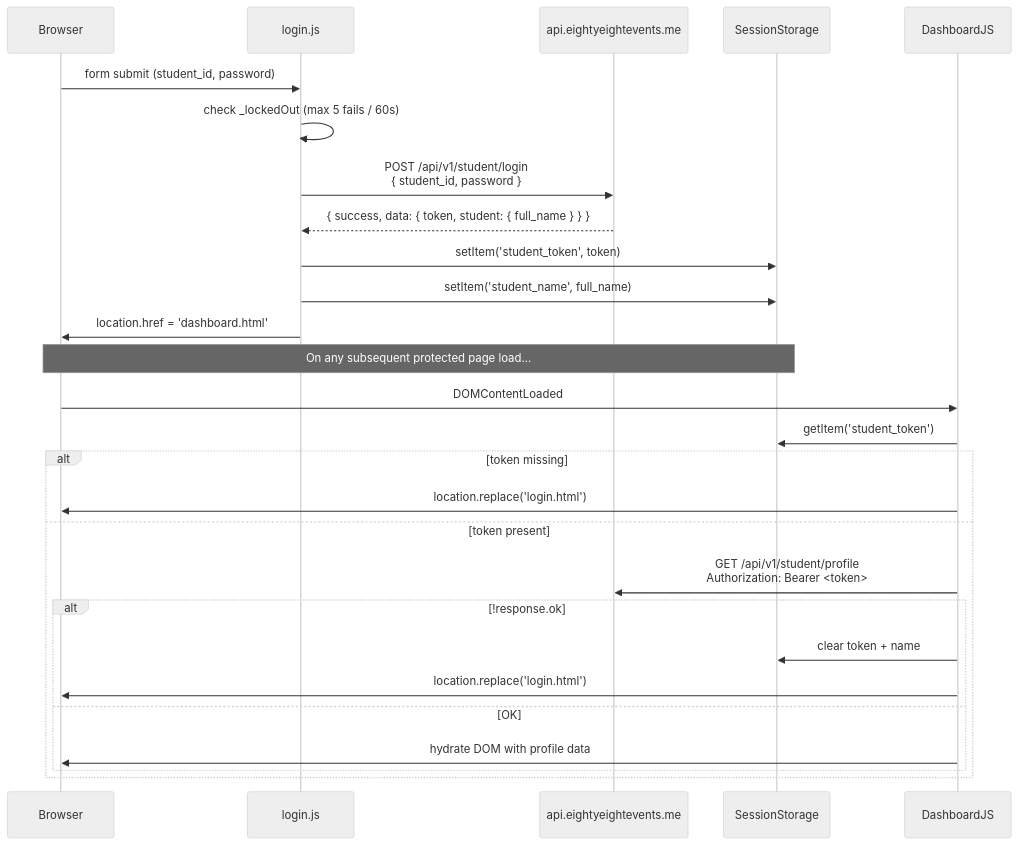
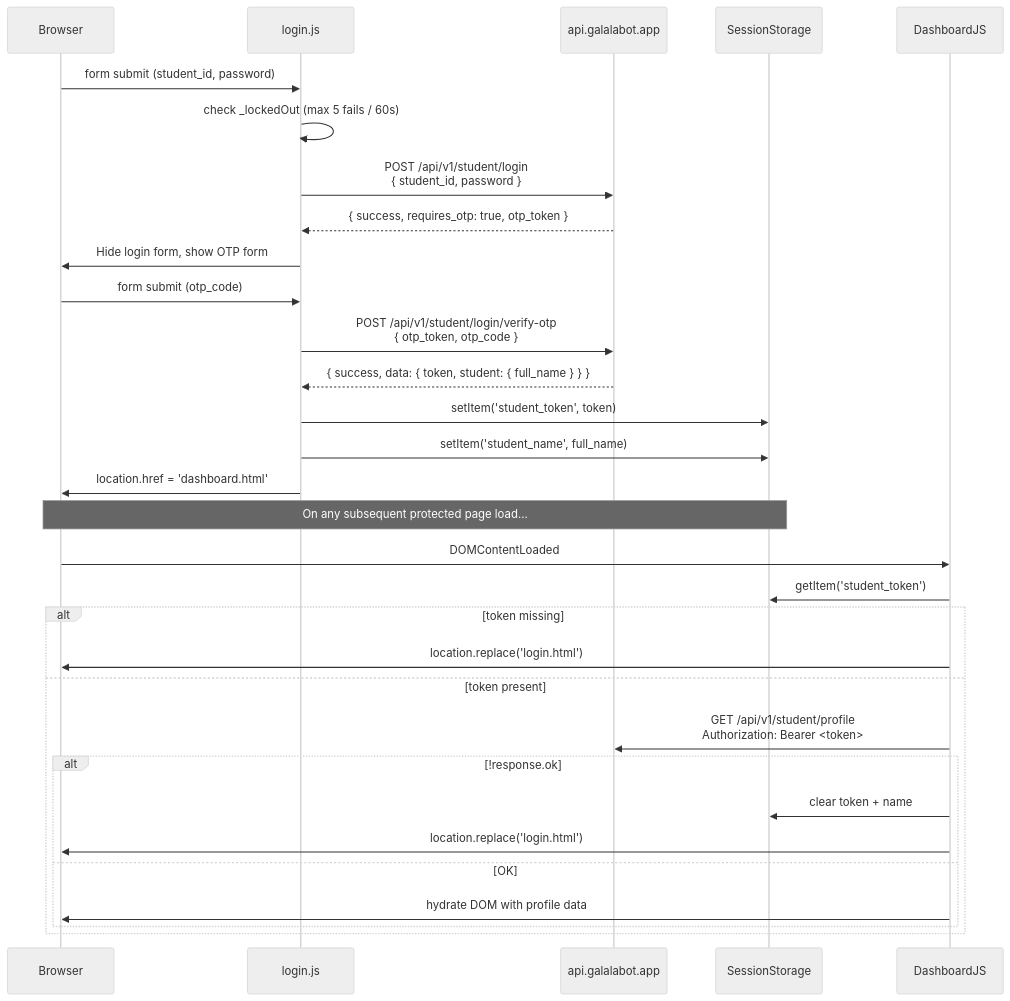
Before and after one commit to hadiii3/frontend_final: the second of 4 diagrams in FRONT_PROJECT_CONTEXT.md, drawn with Mermaid (neutral theme). The commit also changed other lines of this file and 10 other files, not shown here.

First line of the commit message:
Add OTP login flow and forced first-login password change

````diff
--- a/FRONT_PROJECT_CONTEXT.md
+++ b/FRONT_PROJECT_CONTEXT.md
@@ -215,30 +215,36 @@
 ```mermaid
 sequenceDiagram
     participant Browser
     participant LoginJS as login.js
-    participant API as api.eightyeightevents.me
+    participant API as api.galalabot.app
     participant SessionStorage
 
     Browser->>LoginJS: form submit (student_id, password)
     LoginJS->>LoginJS: check _lockedOut (max 5 fails / 60s)
     LoginJS->>API: POST /api/v1/student/login<br/>{ student_id, password }
+    API-->>LoginJS: { success, requires_otp: true, otp_token }
+    LoginJS->>Browser: Hide login form, show OTP form
+    
+    Browser->>LoginJS: form submit (otp_code)
+    LoginJS->>API: POST /api/v1/student/login/verify-otp<br/>{ otp_token, otp_code }
     API-->>LoginJS: { success, data: { token, student: { full_name } } }
+    
     LoginJS->>SessionStorage: setItem('student_token', token)
     LoginJS->>SessionStorage: setItem('student_name', full_name)
     LoginJS->>Browser: location.href = 'dashboard.html'
 
     Note over Browser,SessionStorage: On any subsequent protected page load...
     Browser->>DashboardJS: DOMContentLoaded
     DashboardJS->>SessionStorage: getItem('student_token')
     alt token missing
         DashboardJS->>Browser: location.replace('login.html')
     else token present
         DashboardJS->>API: GET /api/v1/student/profile<br/>Authorization: Bearer <token>
         alt !response.ok
             DashboardJS->>SessionStorage: clear token + name
             DashboardJS->>Browser: location.replace('login.html')
         else OK
             DashboardJS->>Browser: hydrate DOM with profile data
         end
     end
 ```
````
